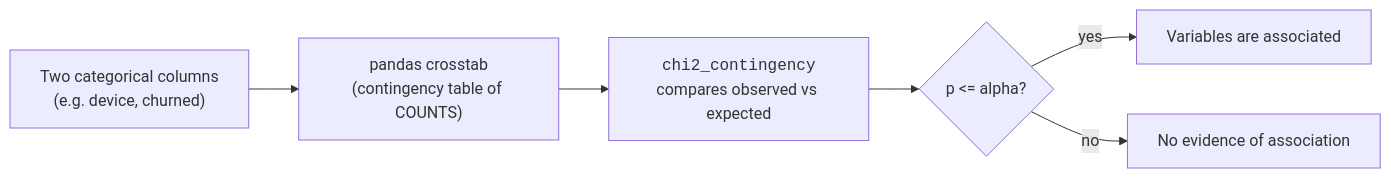
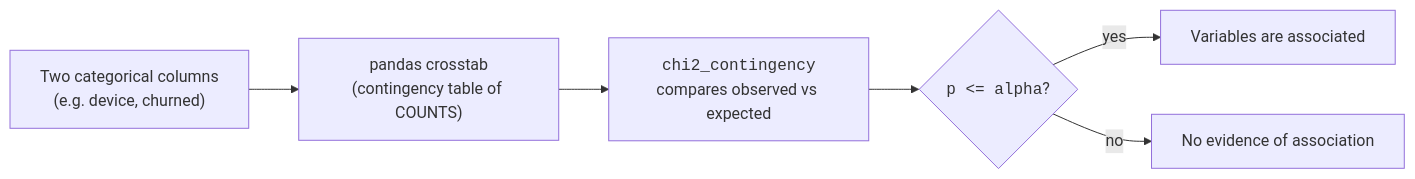
One commit to dataslope/dataslope changed the third of 3 diagrams in content/learn/statistics-for-data-science-python/anova-and-chi-square.mdx. Above: the diagram before and after it, drawn with Mermaid. The commit also changed 56 other files, not shown here.

````diff
--- a/content/learn/statistics-for-data-science-python/anova-and-chi-square.mdx
+++ b/content/learn/statistics-for-data-science-python/anova-and-chi-square.mdx
@@ -208,8 +208,8 @@
 ```mermaid
 flowchart LR
   A["Two categorical columns<br/>(e.g. device, churned)"] --> B["pandas crosstab<br/>(contingency table of COUNTS)"]
   B --> C["<code>chi2_contingency</code><br/>compares observed vs expected"]
-  C --> D{"p <= alpha?"}
+  C --> D{"<code>p &lt;= alpha</code>?"}
   D -->|"yes"| E["Variables are associated"]
   D -->|"no"| F["No evidence of association"]
 ```
````
